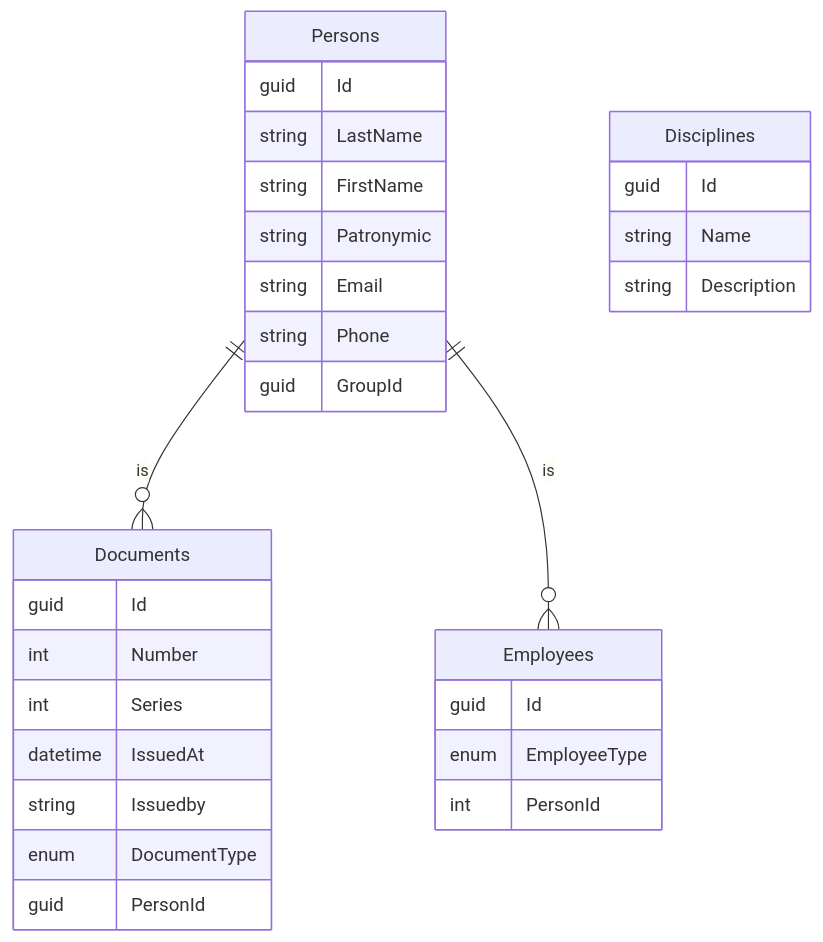
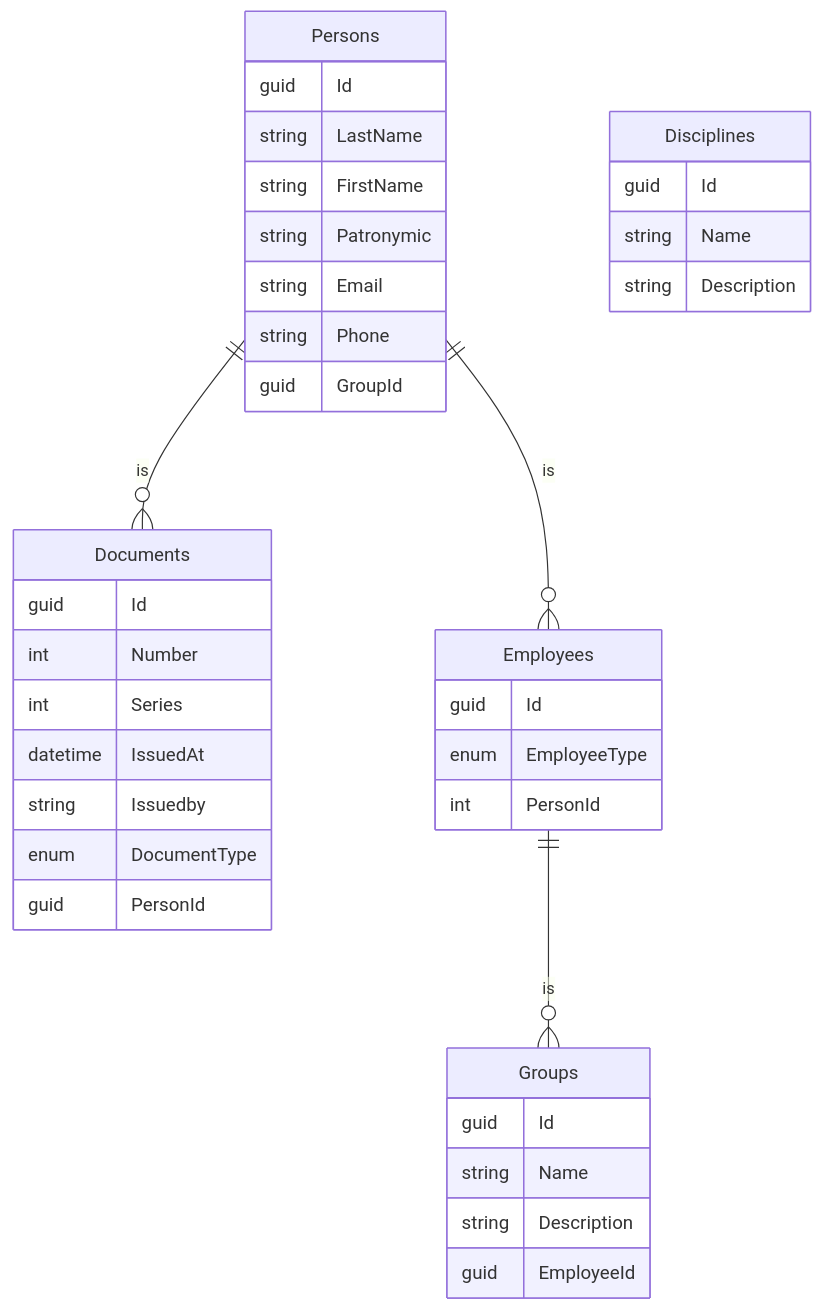
One commit to SlavaNik16/Accessories_PC_Nik_Api changed the diagram in README.md. Above: the diagram before and after it, drawn with Mermaid.

````diff
--- a/README.md
+++ b/README.md
@@ -5,37 +5,45 @@
 ```mermaid
 erDiagram
 
     Persons {
         guid Id
         string LastName
         string FirstName
         string Patronymic
         string Email
         string Phone
         guid GroupId
     }
     
     Documents {
         guid Id
         int Number
         int Series
         datetime IssuedAt
         string Issuedby
         enum DocumentType
         guid PersonId
     }
     
     Disciplines {
             guid Id
             string Name
             string Description
-        }
+    }
     
     Employees {
         guid Id
         enum EmployeeType
         int PersonId
     }
+
+    Groups {
+                guid Id
+                string Name
+                string Description
+                guid EmployeeId
+    }
     Persons ||--o{ Documents: is
     Persons ||--o{ Employees: is
+    Employees ||--o{ Groups: is
 ```
````
